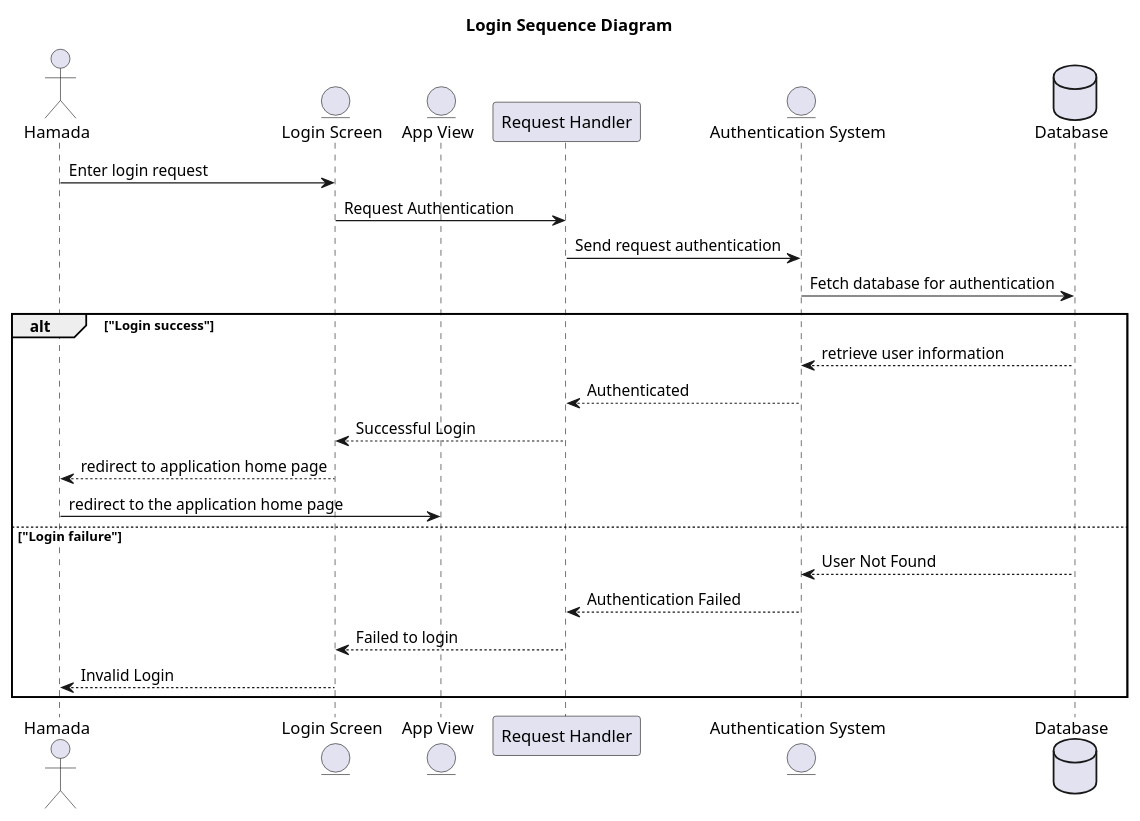
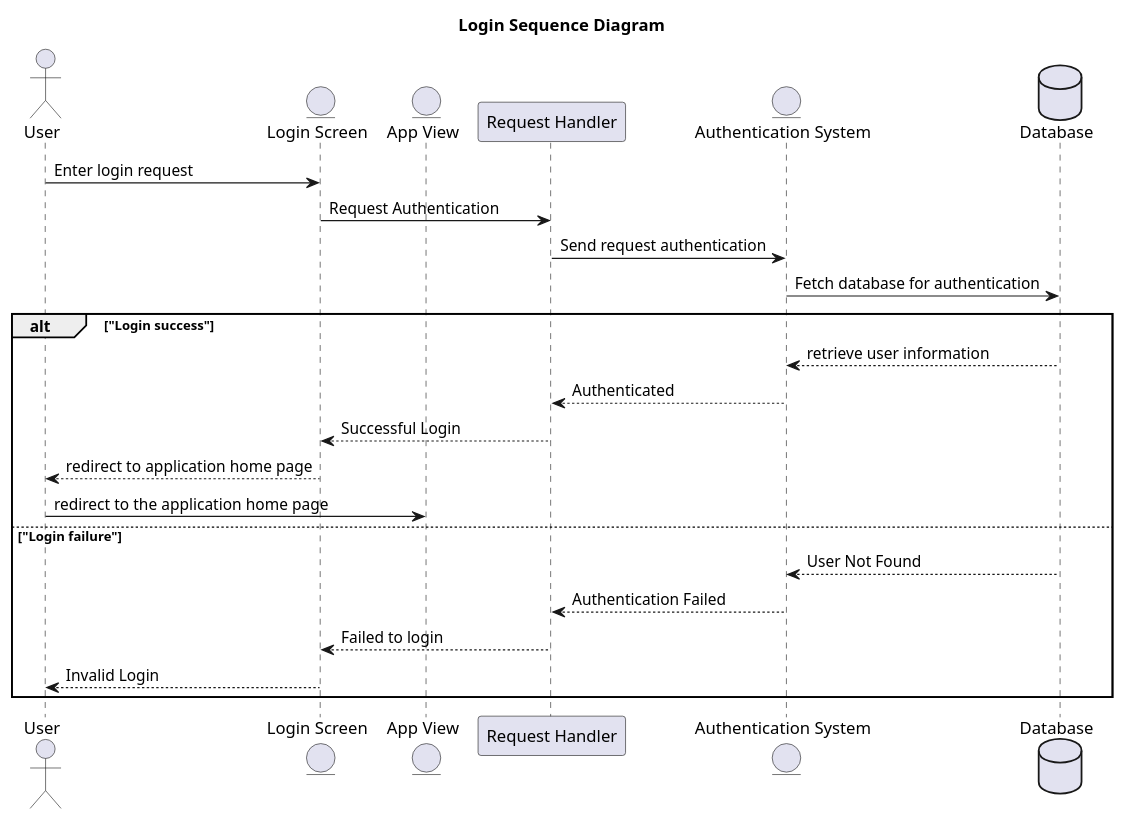
Before and after one commit to AhmedBakrXI/Traveller-Planner: the diagram in diagrams/Login Sequence Diagram.puml, drawn with PlantUML. The commit also changed 3 other files, not shown here.

Commit message:
Added diagrams

```diff
--- a/diagrams/Login Sequence Diagram.puml
+++ b/diagrams/Login Sequence Diagram.puml
@@ -1,35 +1,35 @@
 @startuml "Login"
 
 ' autonumber
 
 title "Login Sequence Diagram"
 
-actor Hamada as user
+actor User as user
 
 entity "Login Screen" as login
 entity "App View" as app
 participant "Request Handler" as request
 entity "Authentication System" as auth
 
 database Database as db
 
 
 user -> login: Enter login request
 login -> request: Request Authentication
 request -> auth: Send request authentication
 auth -> db: Fetch database for authentication
 
 alt "Login success"
     auth <-- db: retrieve user information
     request <-- auth: Authenticated
     request --> login: Successful Login
     login --> user: redirect to application home page
     user -> app: redirect to the application home page
 else "Login failure"
     db-->auth: User Not Found
     auth --> request: Authentication Failed
     request --> login: Failed to login
     login --> user: Invalid Login
 end
 
 @enduml
```
